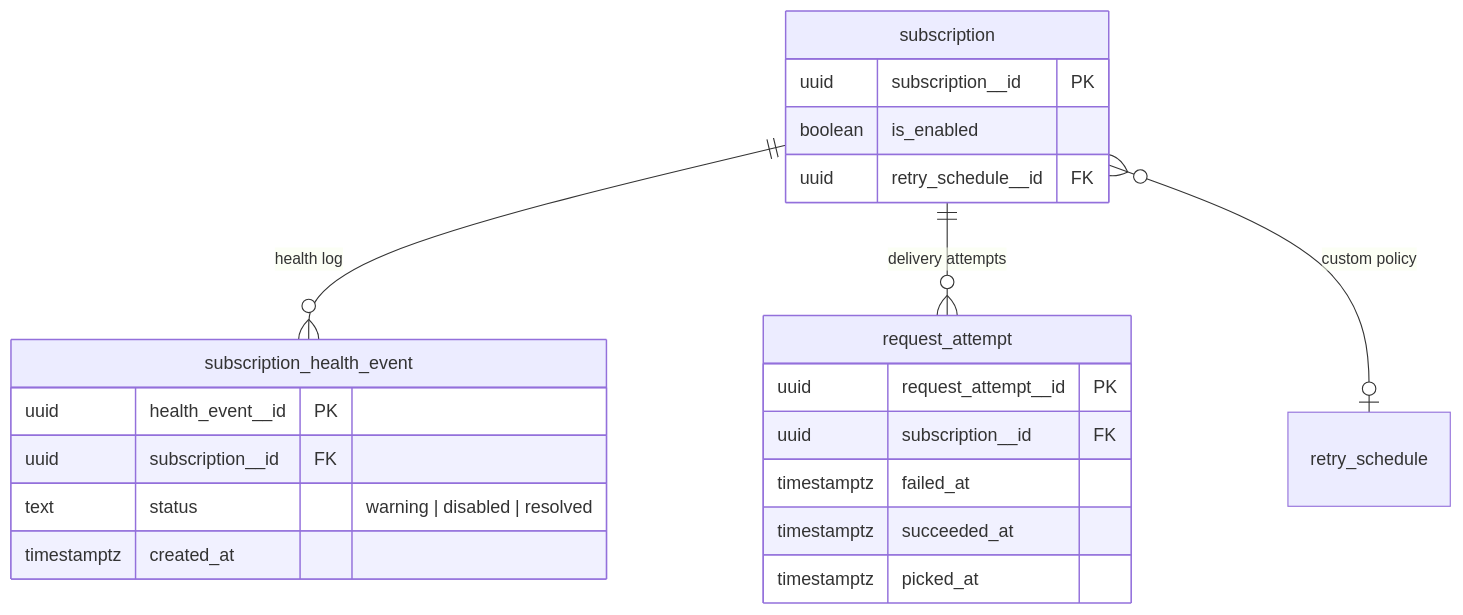
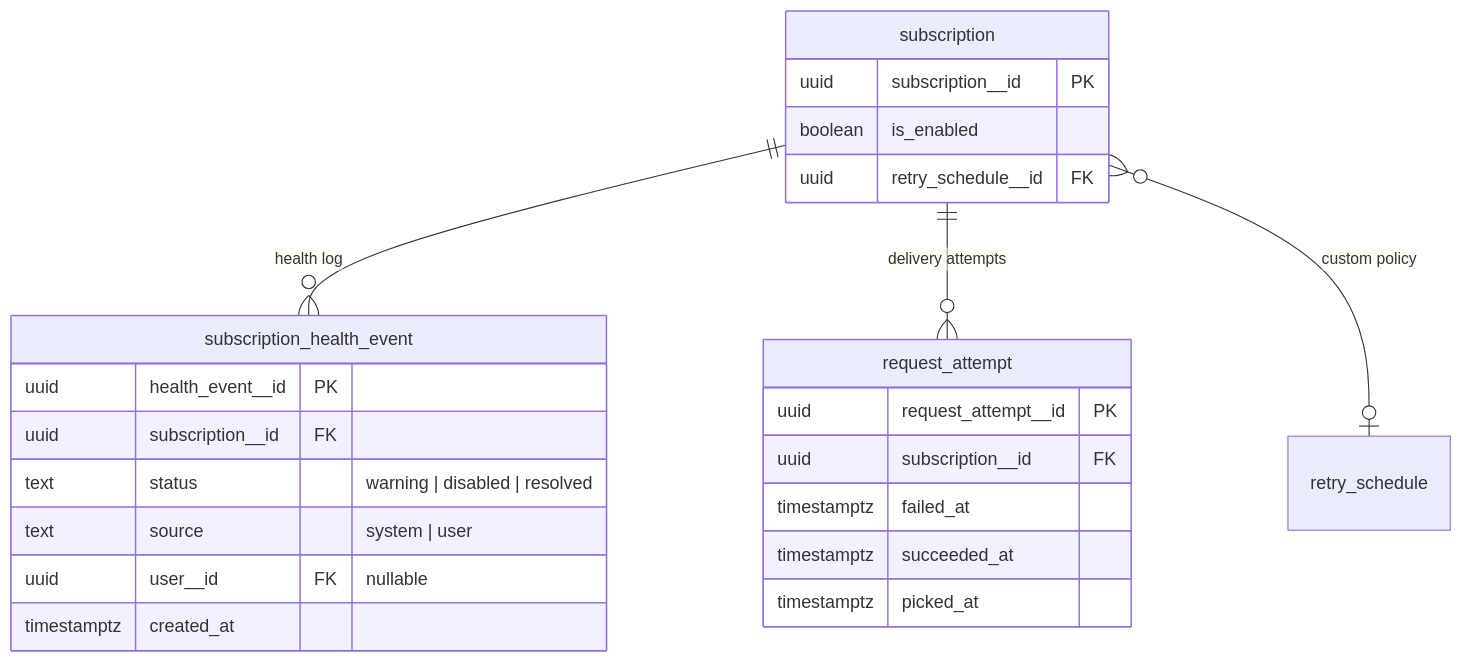
The second of 5 diagrams in docs/superpowers/specs/2026-03-26-auto-deactivation-design.md (hook0/hook0), drawn with Mermaid before and after one commit. The commit also changed other lines of this file and 1 other file, not shown here.

Commit message:
docs: update specs and plans with implementation decisions (source, user__id, health events API)

````diff
--- a/docs/superpowers/specs/2026-03-26-auto-deactivation-design.md
+++ b/docs/superpowers/specs/2026-03-26-auto-deactivation-design.md
@@ -98,25 +109,27 @@
 ```mermaid
 erDiagram
     subscription ||--o{ subscription_health_event : "health log"
     subscription ||--o{ request_attempt : "delivery attempts"
     subscription }o--o| retry_schedule : "custom policy"
 
     subscription {
         uuid subscription__id PK
         boolean is_enabled
         uuid retry_schedule__id FK
     }
     subscription_health_event {
         uuid health_event__id PK
         uuid subscription__id FK
         text status "warning | disabled | resolved"
+        text source "system | user"
+        uuid user__id FK "nullable"
         timestamptz created_at
     }
     request_attempt {
         uuid request_attempt__id PK
         uuid subscription__id FK
         timestamptz failed_at
         timestamptz succeeded_at
         timestamptz picked_at
     }
 ```
````
